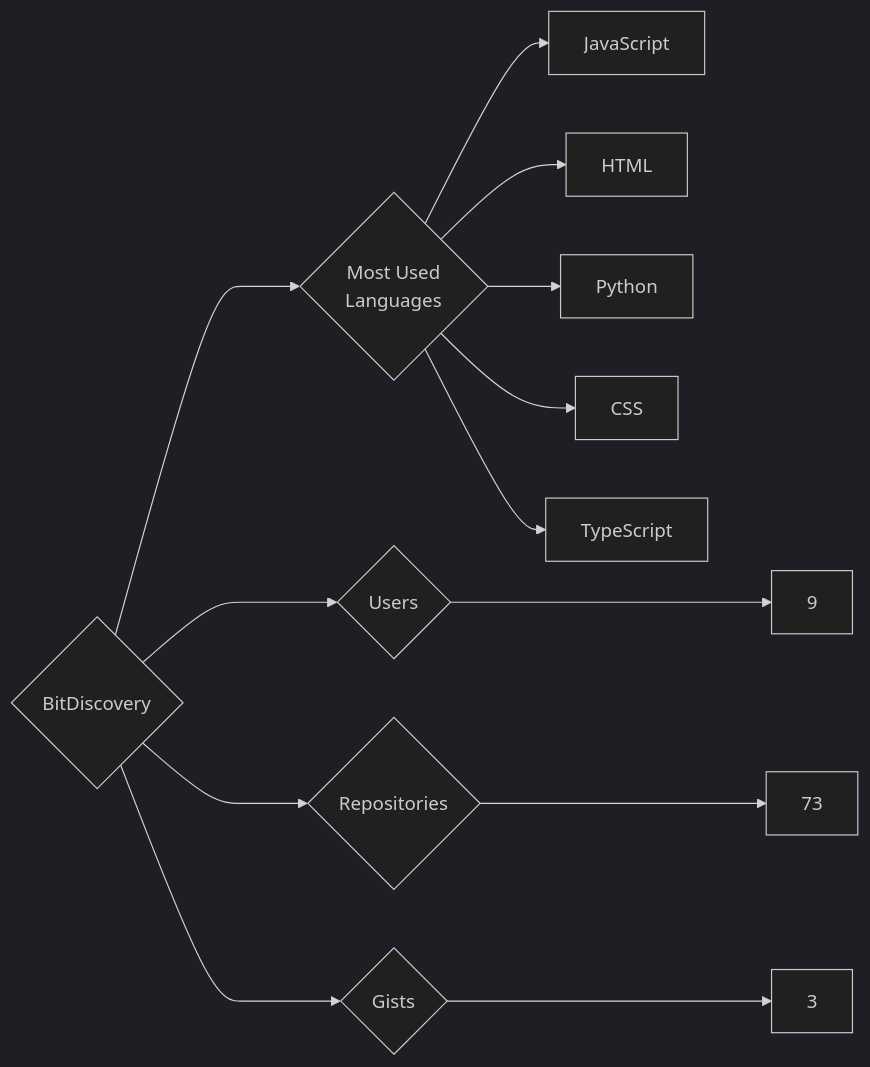
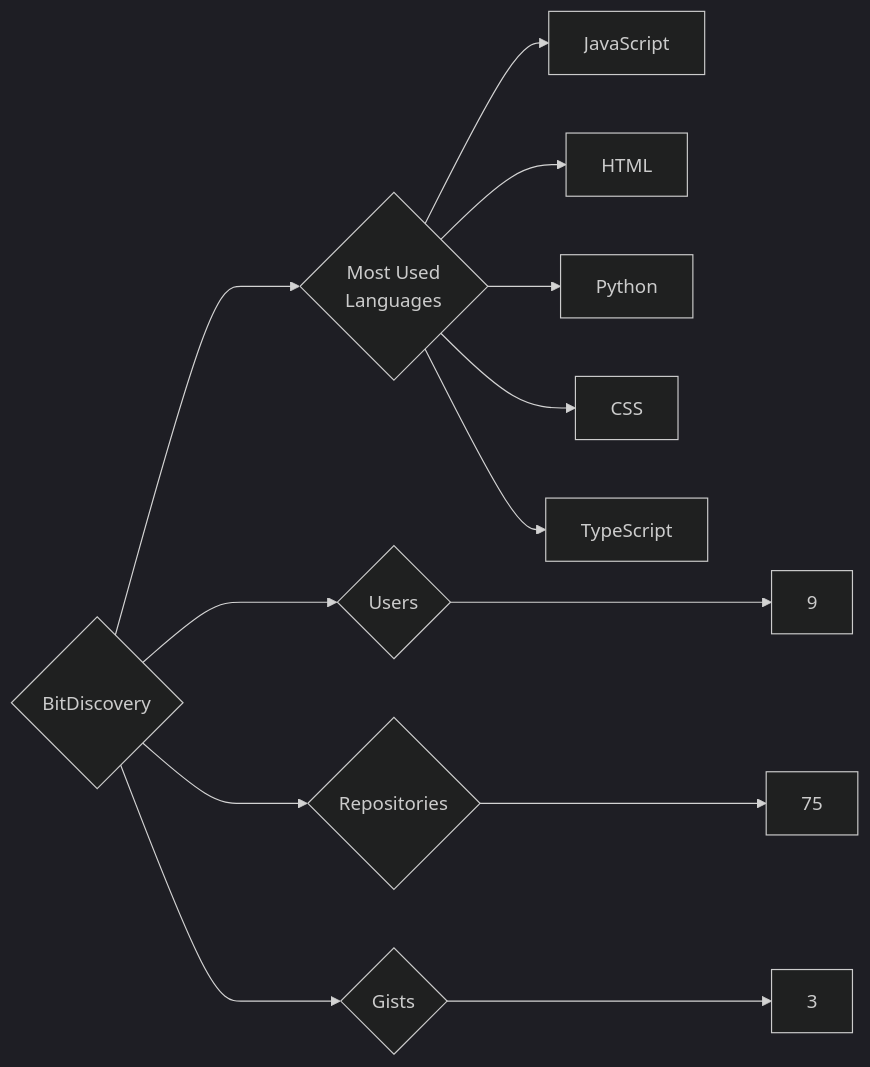
Before and after one commit to trickest/insiders: the diagram in targets/BitDiscovery/README.md, drawn with Mermaid (dark theme). The commit also changed 1175 other files, not shown here.

````diff
--- a/targets/BitDiscovery/README.md
+++ b/targets/BitDiscovery/README.md
@@ -3,13 +3,13 @@
 ```mermaid
 graph LR
 COMPANY_NAME{BitDiscovery}
 COMPANY_NAME ---> U{Users} ---> UN[9]
-COMPANY_NAME ---> R{Repositories} ---> RN[73]
+COMPANY_NAME ---> R{Repositories} ---> RN[75]
 COMPANY_NAME ---> G{Gists} ---> GN[3]
 COMPANY_NAME ---> ML{Most Used<br>Languages}
 ML --> JavaScript[JavaScript]
 ML --> HTML[HTML]
 ML --> Python[Python]
 ML --> CSS[CSS]
 ML --> TypeScript[TypeScript]
 ```
````
